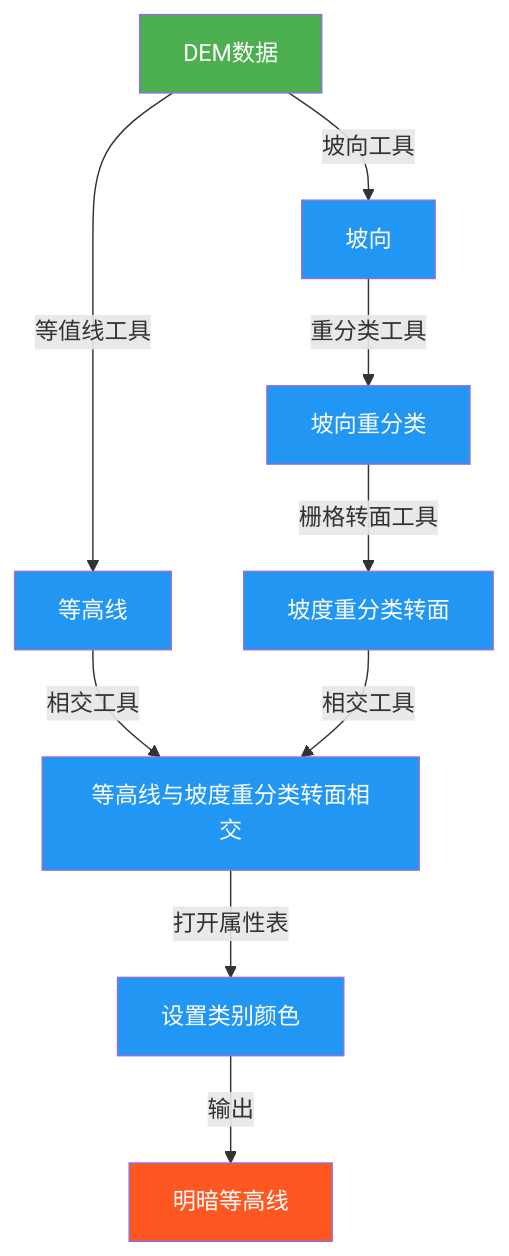
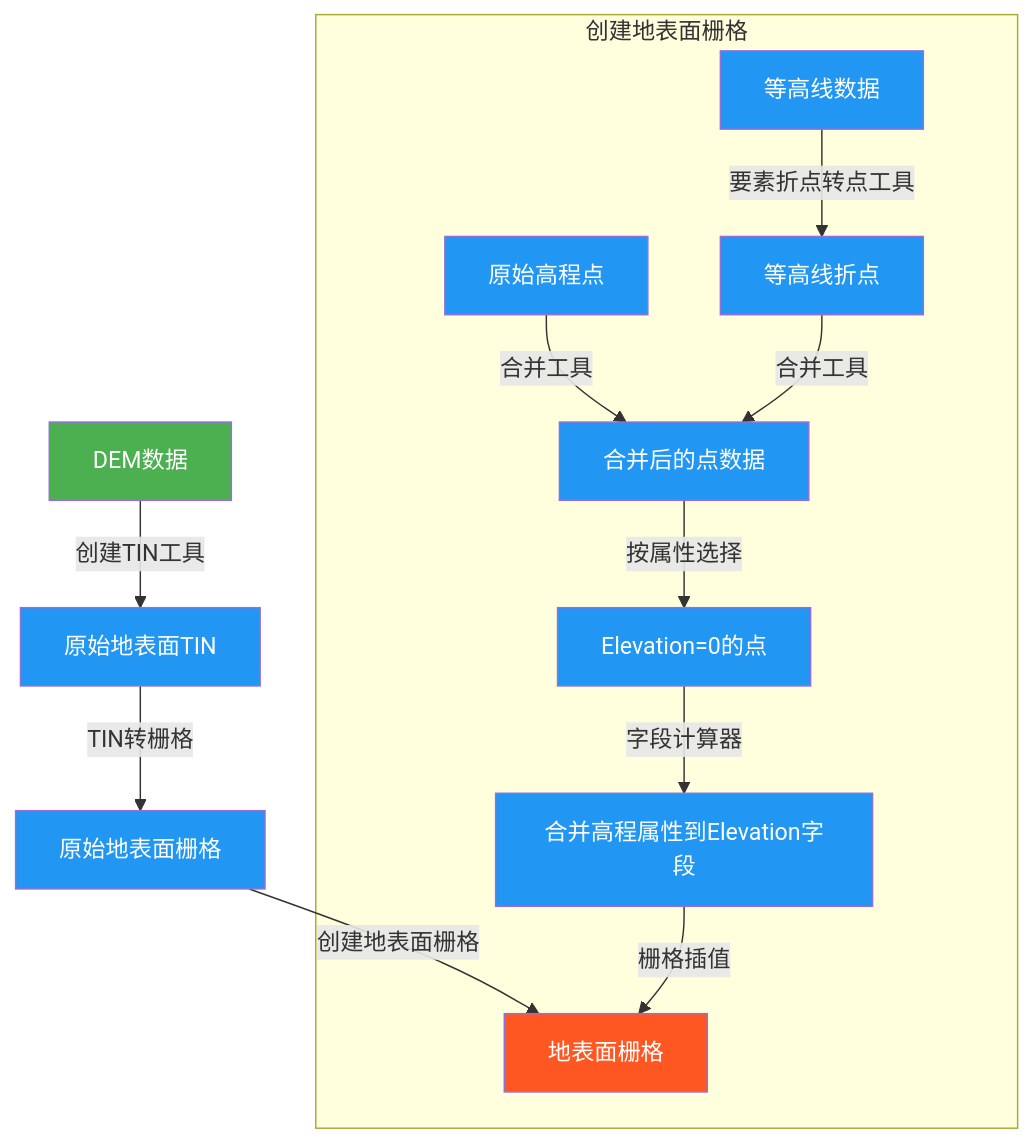
One commit to newguser/iodraw-files changed the diagram in all/未命名.md. Above: the diagram before and after it, drawn with Mermaid.

Commit message:
2025-02-27 21:31:27 update

````diff
--- a/all/未命名.md
+++ b/all/未命名.md
@@ -1,16 +1,20 @@
 ```mermaid
 graph TD
-    A[DEM数据] -->|等值线工具| B[等高线]
-    A -->|坡向工具| C[坡向]
-    C -->|重分类工具| D[坡向重分类]
-    D -->|栅格转面工具| E[坡度重分类转面]
-    B -->|相交工具| F[等高线与坡度重分类转面相交]
-    E -->|相交工具| F
-    F -->|打开属性表| G[设置类别颜色]
-    G -->|输出| H[明暗等高线]
+    A[DEM数据] -->|创建TIN工具| B[原始地表面TIN]
+    B -->|TIN转栅格| C[原始地表面栅格]
+    C -->|创建地表面栅格| D[地表面栅格]
+
+    subgraph 创建地表面栅格
+        D1[等高线数据] -->|要素折点转点工具| D2[等高线折点]
+        D3[原始高程点] -->|合并工具| D4[合并后的点数据]
+        D2 -->|合并工具| D4
+        D4 -->|按属性选择| D5[Elevation=0的点]
+        D5 -->|字段计算器| D6[合并高程属性到Elevation字段]
+        D6 -->|栅格插值| D[地表面栅格]
+    end
 
     style A fill:#4CAF50,color:white
-    style H fill:#FF5722,color:white
+    style D fill:#FF5722,color:white
     classDef process fill:#2196F3,color:white;
-    class B,C,D,E,F,G process
+    class B,C,D1,D2,D3,D4,D5,D6 process
 ```
````
